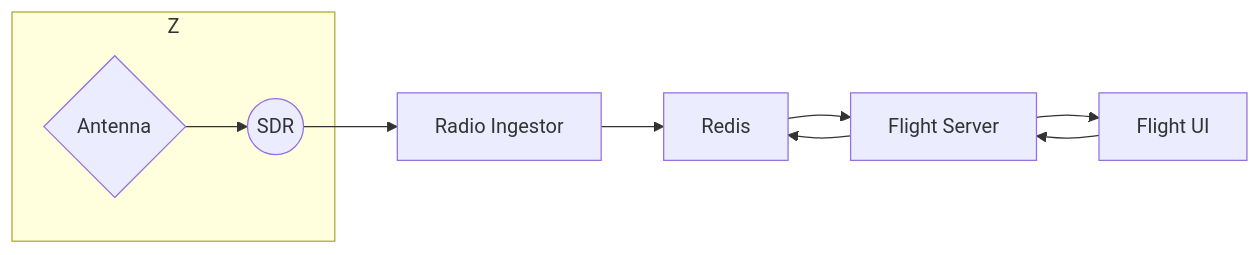
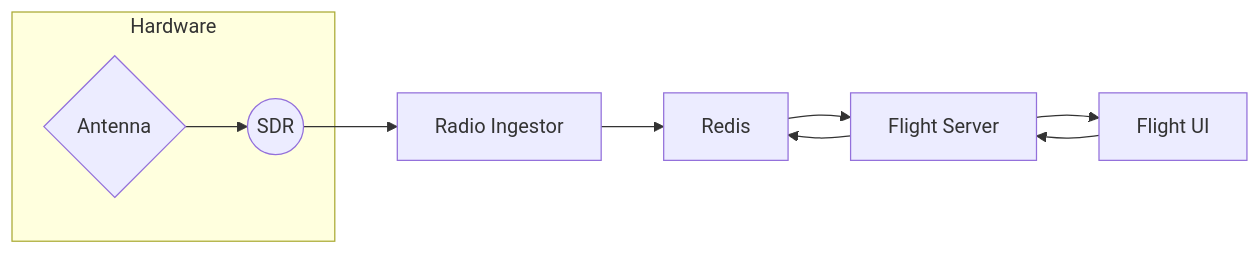
The diagram in README.md (guyroyse/tracking-aircraft), drawn with Mermaid before and after one commit.

Commit message:
trying out a mermaid diagram

````diff
--- a/README.md
+++ b/README.md
@@ -157,12 +157,12 @@
 ```mermaid
 graph LR
-  subgraph Z
+  subgraph Hardware
     A{Antenna} --> B((SDR))
   end
   B --> C["Radio Ingestor"]
   C --> D[Redis]
   D --> E["Flight Server"]
   E --> D
   E --> F["Flight UI"]
   F --> E
 ```
````
